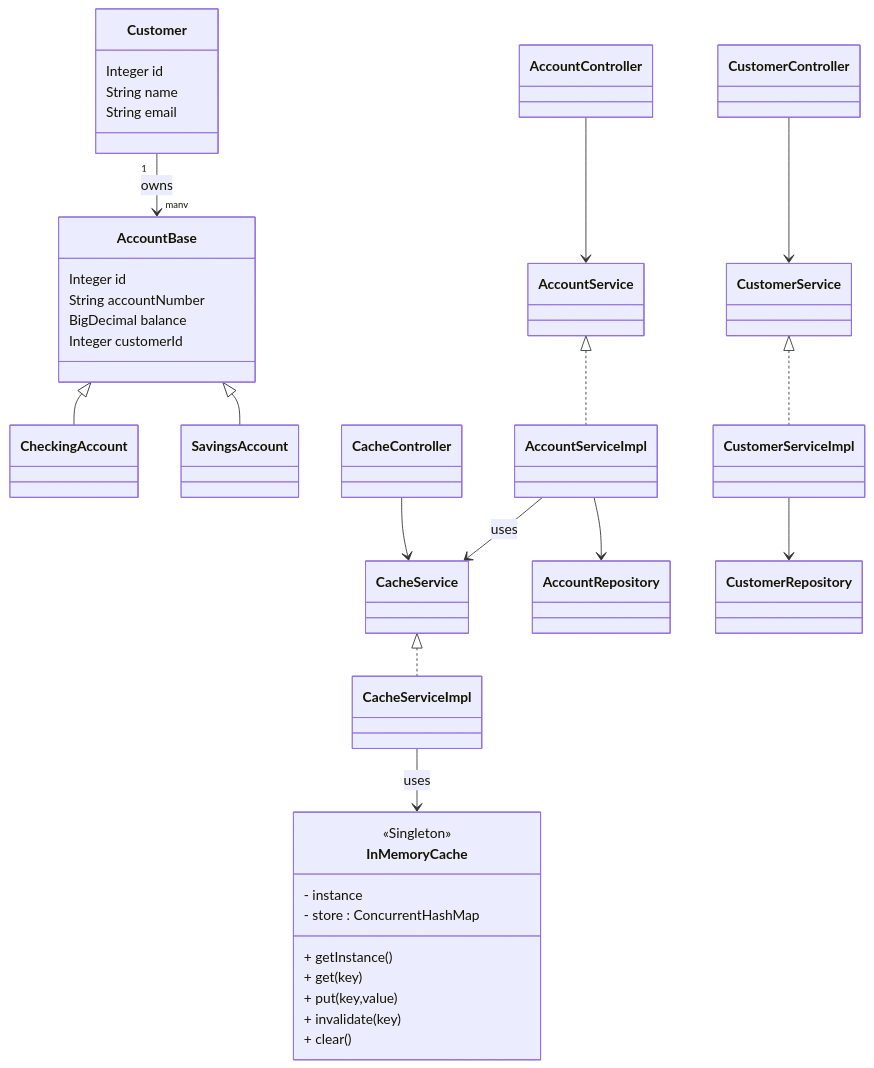
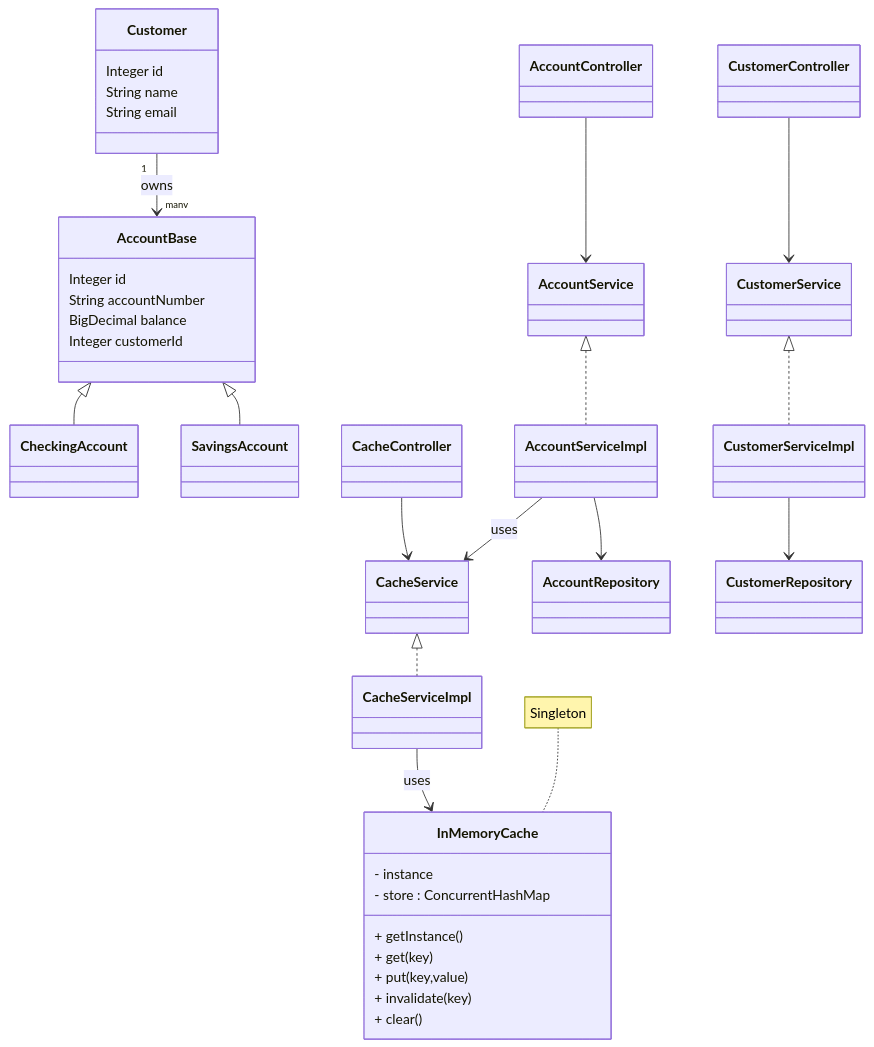
Before and after one commit to bahadirbaturkhan-ux/endtermproject: the diagram in README.md, drawn with Mermaid.

Commit message:
Initial commit: Endterm project

````diff
--- a/README.md
+++ b/README.md
@@ -110,64 +110,66 @@
 ```mermaid
 classDiagram
 
 class Customer {
   Integer id
   String name
   String email
 }
 
 class AccountBase {
   Integer id
   String accountNumber
   BigDecimal balance
   Integer customerId
 }
 
 class SavingsAccount
 class CheckingAccount
 
 AccountBase <|-- SavingsAccount
 AccountBase <|-- CheckingAccount
 
 Customer "1" --> "many" AccountBase : owns
 
 class CustomerController
 class AccountController
 class CacheController
 
 class CustomerService
 class AccountService
 class CacheService
 
 class CustomerServiceImpl
 class AccountServiceImpl
 class CacheServiceImpl
 
 class CustomerRepository
 class AccountRepository
 
-class InMemoryCache <<Singleton>> {
+class InMemoryCache {
   - instance
   - store : ConcurrentHashMap
   + getInstance()
   + get(key)
   + put(key,value)
   + invalidate(key)
   + clear()
 }
+
+note for InMemoryCache "Singleton"
 
 CustomerController --> CustomerService
 AccountController --> AccountService
 CacheController --> CacheService
 
 CustomerService <|.. CustomerServiceImpl
 AccountService <|.. AccountServiceImpl
 CacheService <|.. CacheServiceImpl
 
 CustomerServiceImpl --> CustomerRepository
 AccountServiceImpl --> AccountRepository
 
 AccountServiceImpl --> CacheService : uses
 CacheServiceImpl --> InMemoryCache : uses
 
 ```
````
